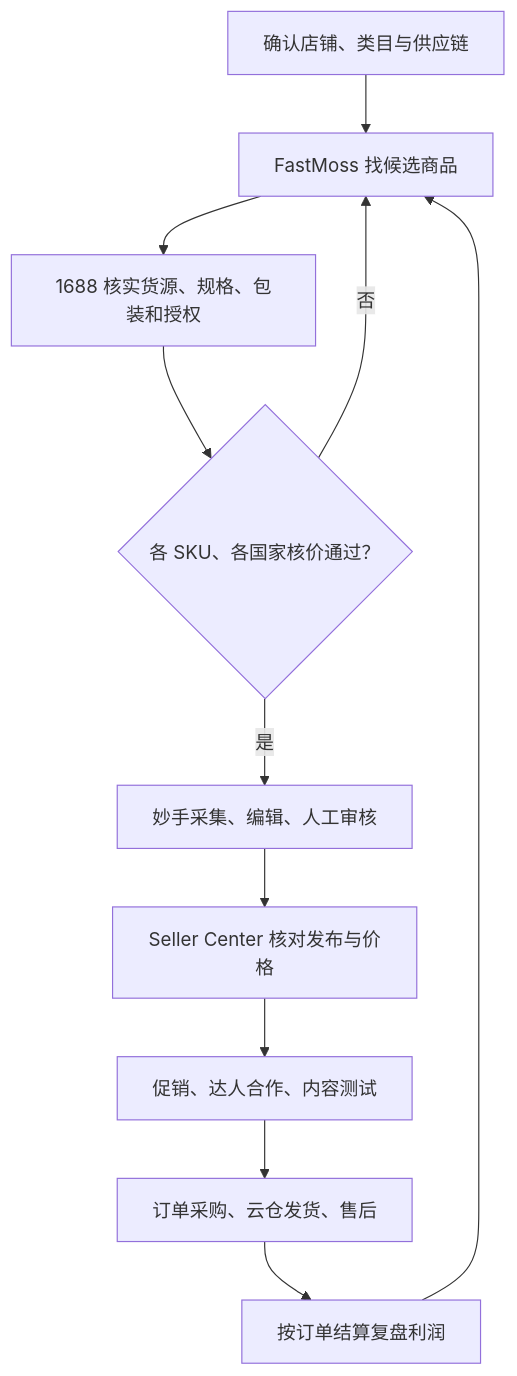
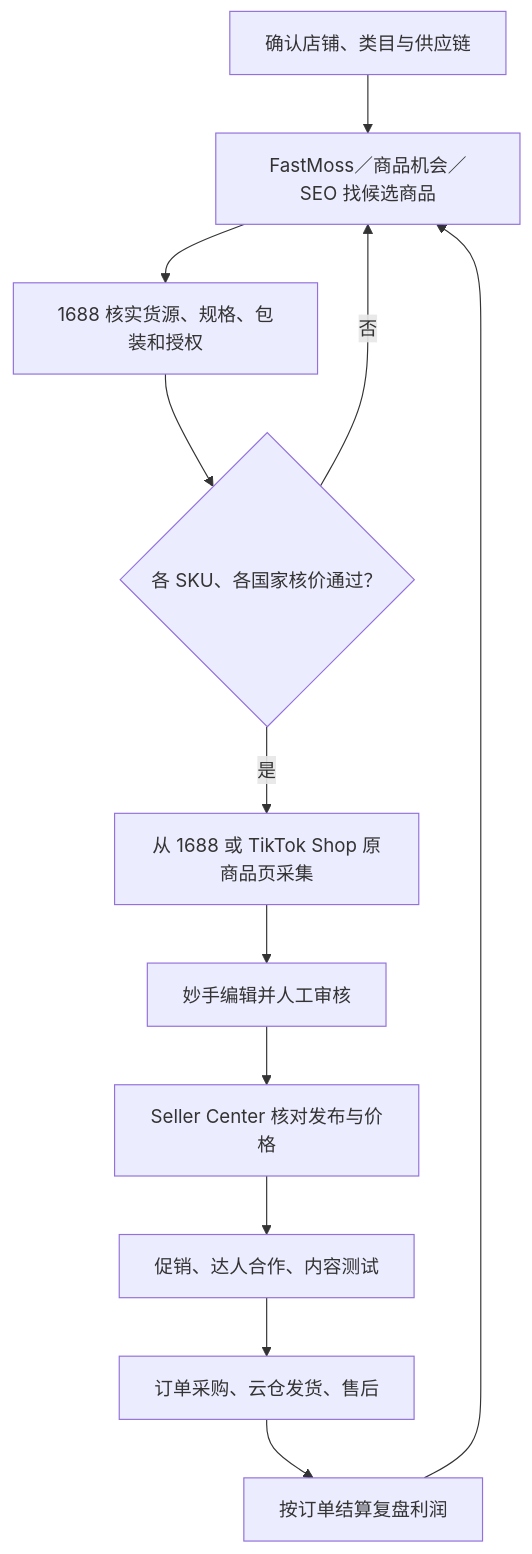
The diagram in Documents/I.P.A.R.A/工作领域/项目/tiktok_跨境电商（优化版）.md (Yuan-Desheng/ewige_wiederkunft), drawn with Mermaid before and after one commit. The commit also changed other lines of this file and 1 other file, not shown here.

````diff
--- a/Documents/I.P.A.R.A/工作领域/项目/tiktok_跨境电商（优化版）.md
+++ b/Documents/I.P.A.R.A/工作领域/项目/tiktok_跨境电商（优化版）.md
@@ -51,13 +51,14 @@
 ```mermaid
 flowchart TD
-    A[确认店铺、类目与供应链] --> B[FastMoss 找候选商品]
+    A[确认店铺、类目与供应链] --> B[FastMoss／商品机会／SEO 找候选商品]
     B --> C[1688 核实货源、规格、包装和授权]
     C --> D{各 SKU、各国家核价通过？}
     D -- 否 --> B
-    D -- 是 --> E[妙手采集、编辑、人工审核]
-    E --> F[Seller Center 核对发布与价格]
+    D -- 是 --> E[从 1688 或 TikTok Shop 原商品页采集]
+    E --> J[妙手编辑并人工审核]
+    J --> F[Seller Center 核对发布与价格]
     F --> G[促销、达人合作、内容测试]
     G --> H[订单采购、云仓发货、售后]
     H --> I[按订单结算复盘利润]
     I --> B
 ```
````
